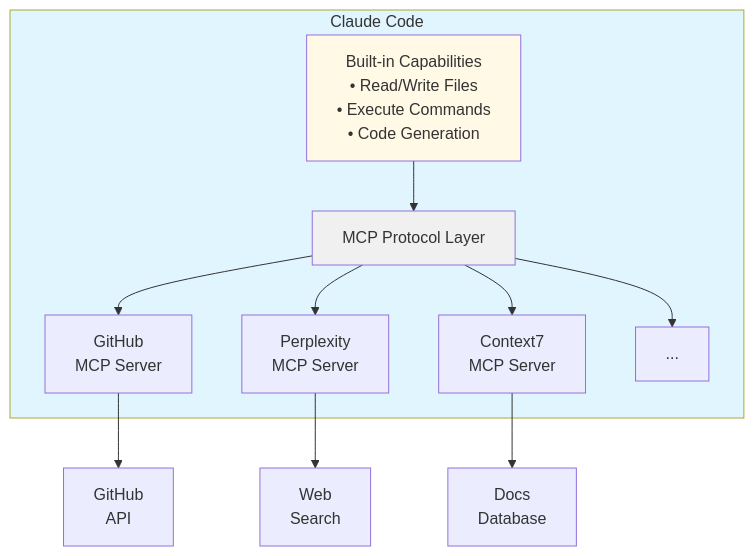
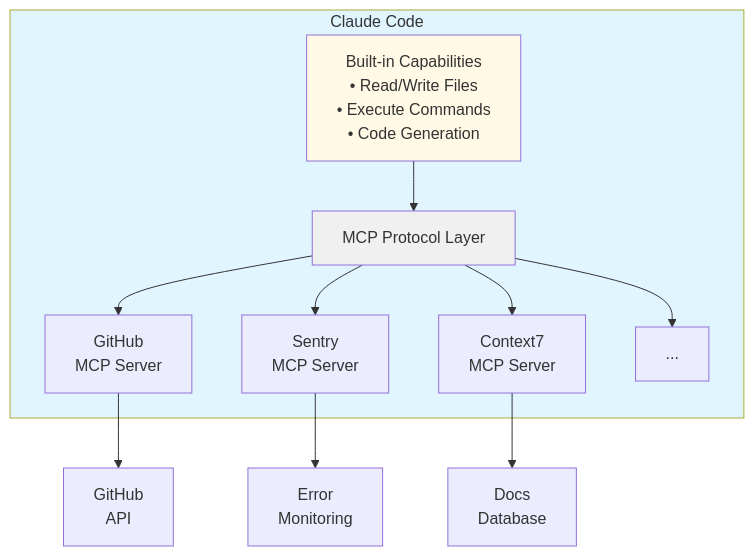
Before and after one commit to sxntixgo/claudecode-documentation: the first of 4 diagrams in guides/01-mcp-servers/1-overview.md, drawn with Mermaid. The commit also changed other lines of this file, not shown here.

First line of the commit message:
MCP audit: correct guides/01-mcp-servers/1-overview.md (partial)

````diff
--- a/guides/01-mcp-servers/1-overview.md
+++ b/guides/01-mcp-servers/1-overview.md
@@ -28,19 +28,19 @@
 ```mermaid
 graph TB
     subgraph Claude["Claude Code"]
         Built["Built-in Capabilities<br/>• Read/Write Files<br/>• Execute Commands<br/>• Code Generation"]
         Built --> MCP["MCP Protocol Layer"]
         MCP --> Server1["GitHub<br/>MCP Server"]
-        MCP --> Server2["Perplexity<br/>MCP Server"]
+        MCP --> Server2["Sentry<br/>MCP Server"]
         MCP --> Server3["Context7<br/>MCP Server"]
         MCP --> More["..."]
     end
 
     Server1 --> API1["GitHub<br/>API"]
-    Server2 --> API2["Web<br/>Search"]
+    Server2 --> API2["Error<br/>Monitoring"]
     Server3 --> API3["Docs<br/>Database"]
 
     style Claude fill:#e1f5ff
     style Built fill:#fff9e6
     style MCP fill:#f0f0f0
 ```
````
